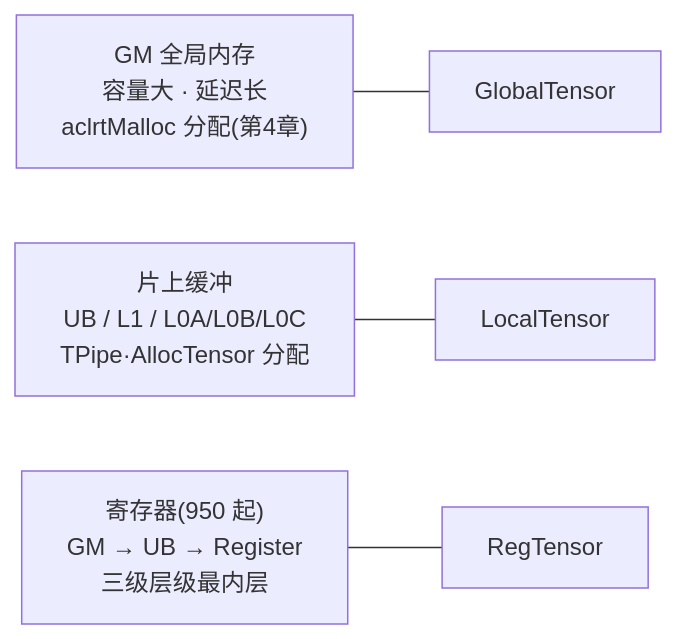
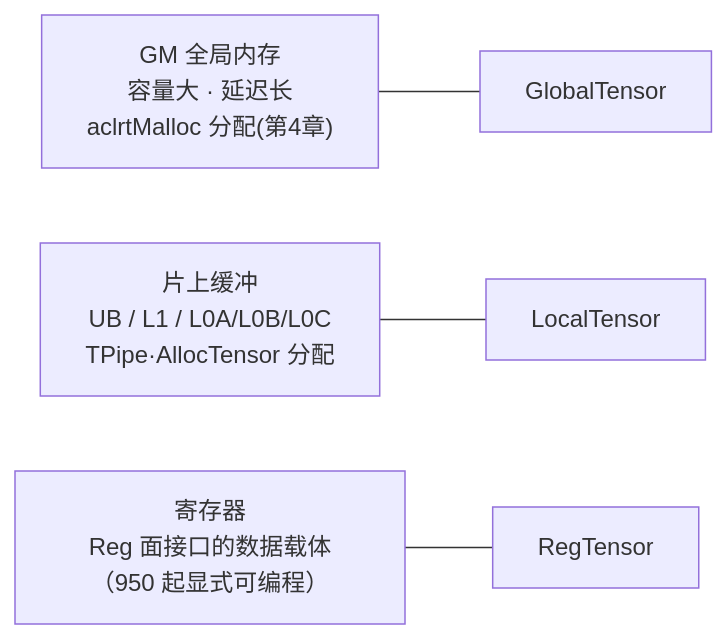
One commit to hb4ch/ascend-book changed the third of 4 diagrams in docs/03-ascendc/ch10-core-programming.md. Above: the diagram before and after it, drawn with Mermaid. The commit also changed other lines of this file and 1 other file, not shown here.

````diff
--- a/docs/03-ascendc/ch10-core-programming.md
+++ b/docs/03-ascendc/ch10-core-programming.md
@@ -127,6 +142,6 @@
 ```mermaid
 flowchart LR
     GM["GM 全局内存<br/>容量大 · 延迟长<br/>aclrtMalloc 分配(第4章)"] --- GT["GlobalTensor"]
     UB["片上缓冲<br/>UB / L1 / L0A/L0B/L0C<br/>TPipe·AllocTensor 分配"] --- LT["LocalTensor"]
-    REG["寄存器(950 起)<br/>GM → UB → Register<br/>三级层级最内层"] --- RT["RegTensor"]
+    REG["寄存器<br/>Reg 面接口的数据载体（950 起显式可编程）"] --- RT["RegTensor"]
 ```
````
